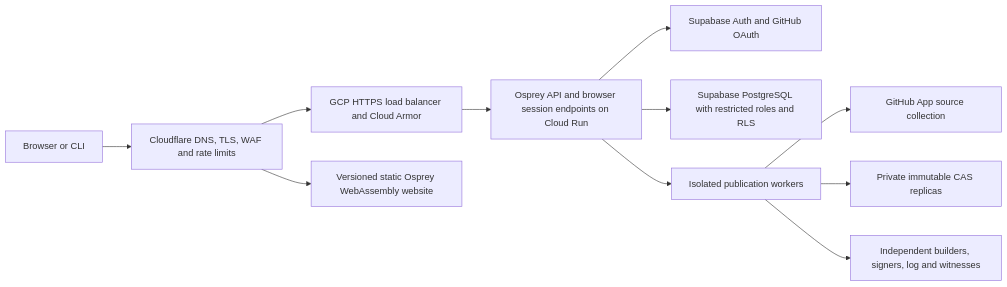
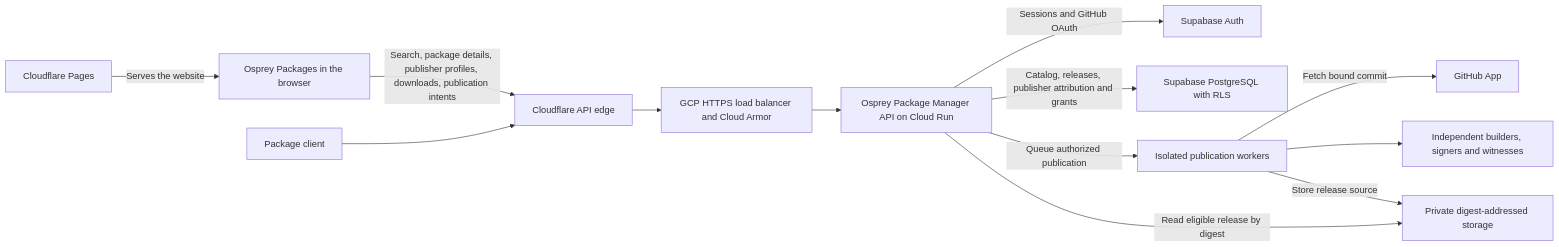
The diagram in docs/specs/ecosystem/0044-PackageRegistryDeploymentAndOwnership.md (Nimblesite/osprey), drawn with Mermaid before and after one commit.

Commit message:
Show the browser-to-API-to-Supabase path in the registry topology

````diff
--- a/docs/specs/ecosystem/0044-PackageRegistryDeploymentAndOwnership.md
+++ b/docs/specs/ecosystem/0044-PackageRegistryDeploymentAndOwnership.md
@@ -15,13 +15,15 @@
 ```mermaid
 flowchart LR
-    U[Browser or CLI] --> CF[Cloudflare DNS, TLS, WAF and rate limits]
-    CF --> LB[GCP HTTPS load balancer and Cloud Armor]
-    LB --> API[Osprey API and browser session endpoints on Cloud Run]
-    CF --> WEB[Versioned static Osprey WebAssembly website]
-    API --> AUTH[Supabase Auth and GitHub OAuth]
-    API --> DB[Supabase PostgreSQL with restricted roles and RLS]
-    API --> JOB[Isolated publication workers]
-    JOB --> GH[GitHub App source collection]
-    JOB --> CAS[Private immutable CAS replicas]
-    JOB --> TRUST[Independent builders, signers, log and witnesses]
+    Pages["Cloudflare Pages"] -->|Serves the website| Web["Osprey Packages in the browser"]
+    Web -->|Search, package details, publisher profiles, downloads, publication intents| Edge["Cloudflare API edge"]
+    CLI["Package client"] --> Edge
+    Edge --> LB["GCP HTTPS load balancer and Cloud Armor"]
+    LB --> API["Osprey Package Manager API on Cloud Run"]
+    API -->|Sessions and GitHub OAuth| Auth["Supabase Auth"]
+    API -->|Catalog, releases, publisher attribution and grants| DB["Supabase PostgreSQL with RLS"]
+    API -->|Queue authorized publication| Worker["Isolated publication workers"]
+    Worker -->|Fetch bound commit| GitHub["GitHub App"]
+    Worker --> Verify["Independent builders, signers and witnesses"]
+    Worker -->|Store release source| CAS["Private digest-addressed storage"]
+    API -->|Read eligible release by digest| CAS
 ```
````
